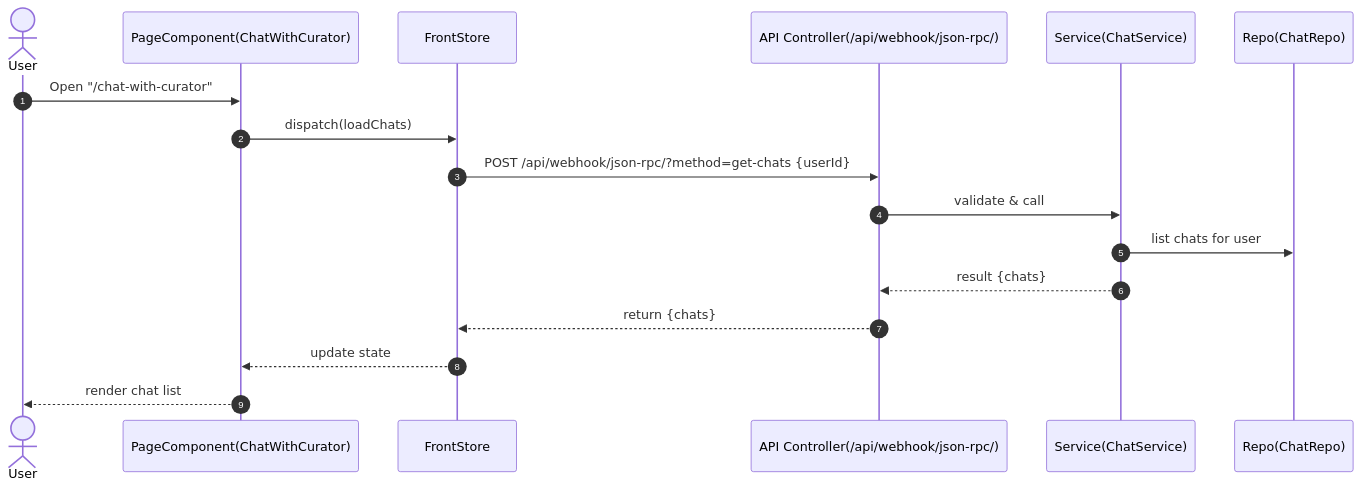
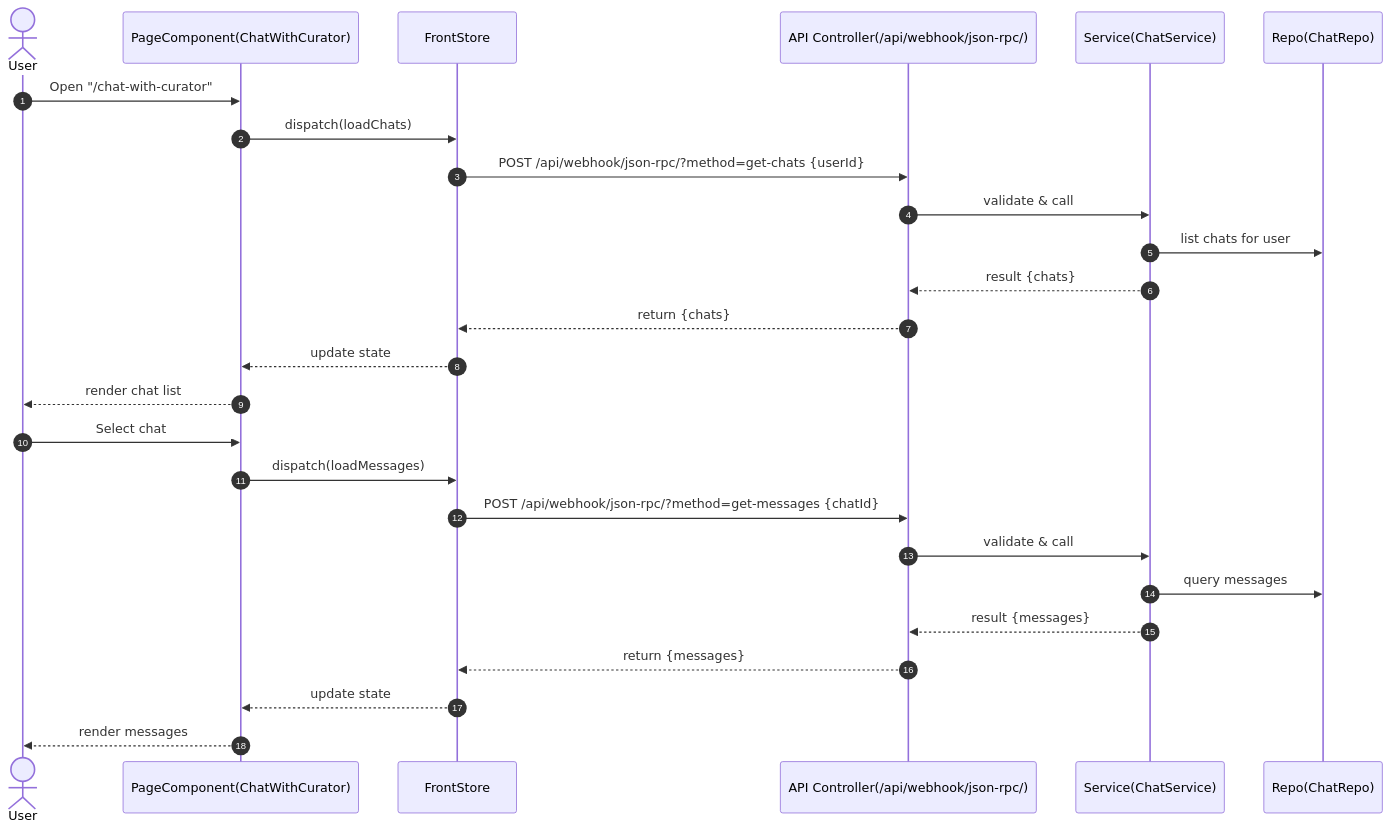
The second of 8 diagrams in docs/UX_MAP.md (borzoyuniverse/ai-prosto-i-zdorovo), drawn with Mermaid before and after one commit. The commit also changed other lines of this file and 12 other files, not shown here.

Commit message:
FP001: implement json-rpc and tests-green artifacts

````diff
--- a/docs/UX_MAP.md
+++ b/docs/UX_MAP.md
@@ -105,20 +105,29 @@
 ```mermaid
 sequenceDiagram
   autonumber
   actor U as User
   participant P as PageComponent(ChatWithCurator)
   participant S as FrontStore
   participant C as API Controller(/api/webhook/json-rpc/)
   participant SV as Service(ChatService)
   participant R as Repo(ChatRepo)
 
   U->>P: Open "/chat-with-curator"
   P->>S: dispatch(loadChats)
   S->>C: POST /api/webhook/json-rpc/?method=get-chats {userId}
   C->>SV: validate & call
   SV->>R: list chats for user
   SV-->>C: result {chats}
   C-->>S: return {chats}
   S-->>P: update state
   P-->>U: render chat list
+  U->>P: Select chat
+  P->>S: dispatch(loadMessages)
+  S->>C: POST /api/webhook/json-rpc/?method=get-messages {chatId}
+  C->>SV: validate & call
+  SV->>R: query messages
+  SV-->>C: result {messages}
+  C-->>S: return {messages}
+  S-->>P: update state
+  P-->>U: render messages
 ```
````
